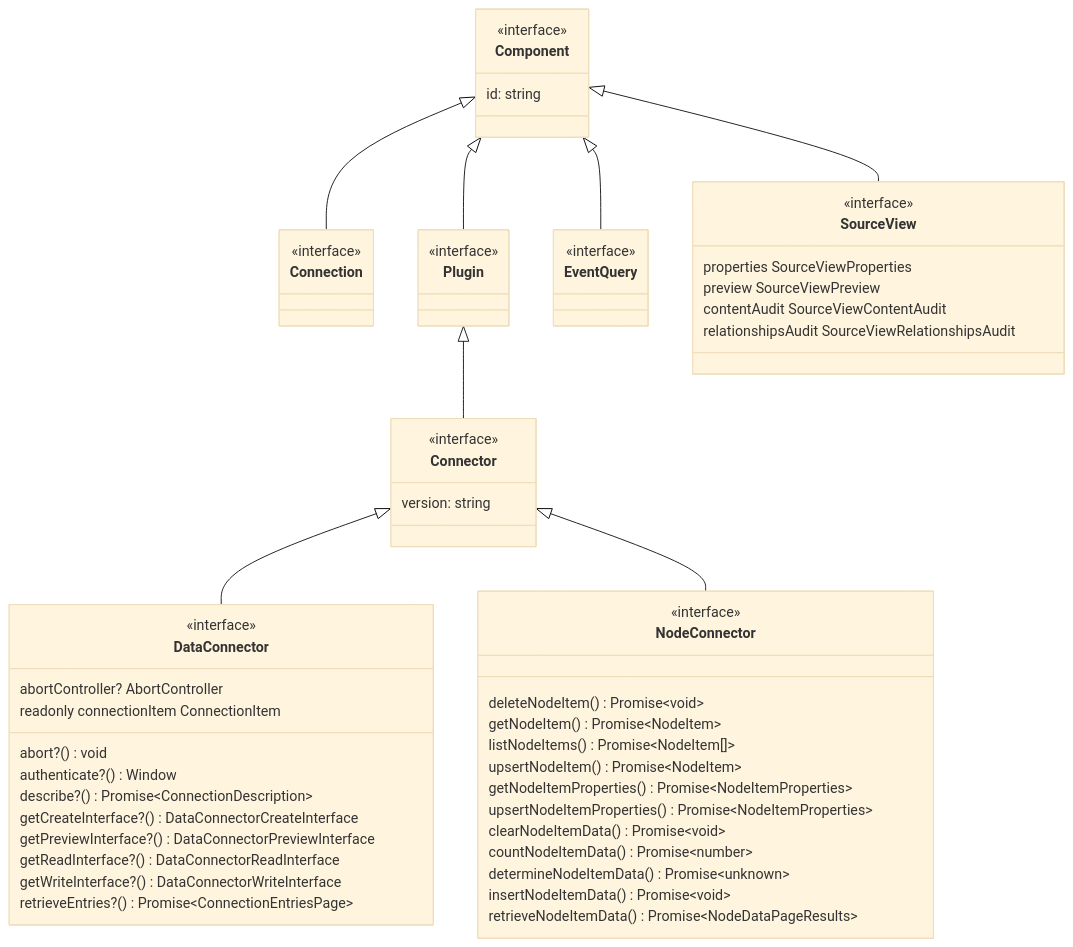
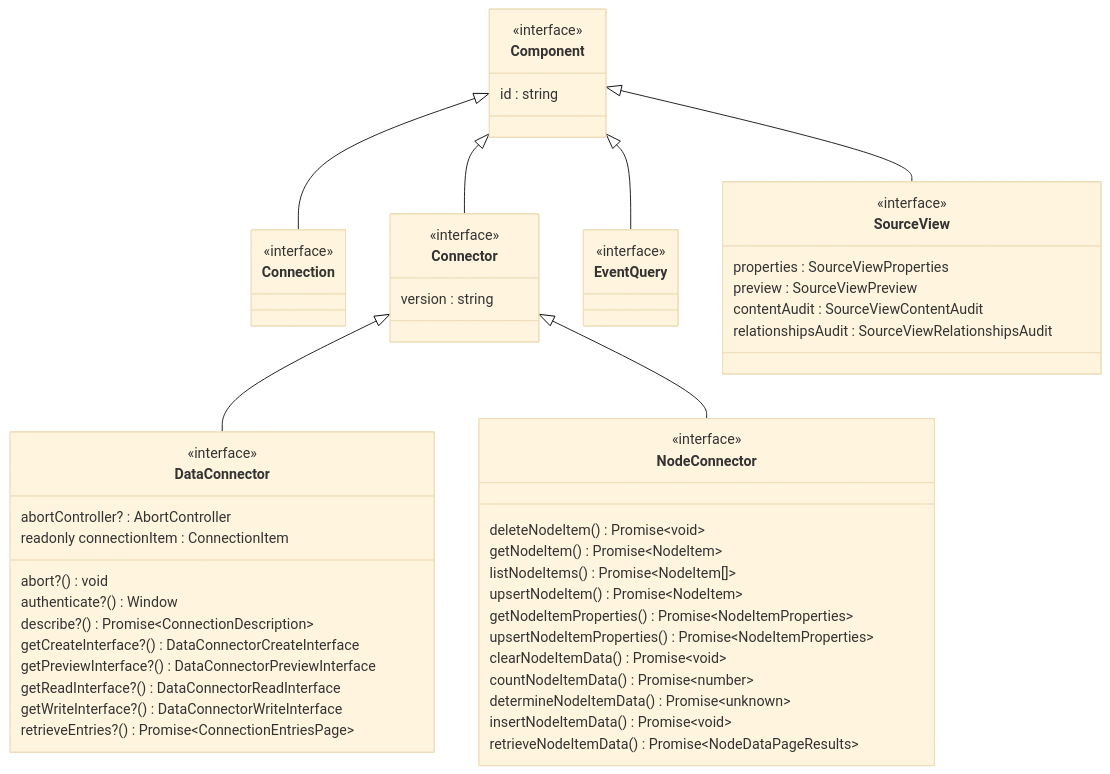
The first of 5 diagrams in README.md (data-positioning/datapos-shared), drawn with Mermaid (base theme) before and after one commit. The commit also changed other lines of this file and 3 other files, not shown here.

````diff
--- a/README.md
+++ b/README.md
@@ -5,71 +5,66 @@
 ```mermaid
 classDiagram
     direction TB
 
     Component <|-- Connection
-    Component <|-- Plugin
+    Component <|-- Connector
     Component <|-- EventQuery
     Component <|-- SourceView
-    Plugin <|-- Connector
     Connector <|-- DataConnector
     Connector <|-- NodeConnector
 
     class Component {
         <<interface>>
-        id: string
+        id : string
     }
 
     class Connection {
         <<interface>>
     }
 
     class Connector {
         <<interface>>
-        version: string
+        version : string
     }
 
     class DataConnector {
         <<interface>>
-        abortController? AbortController
-        readonly connectionItem ConnectionItem
+        abortController? :  AbortController
+        readonly connectionItem :  ConnectionItem
         abort?() void
         authenticate?() Window
         describe?() Promise~ConnectionDescription~
         getCreateInterface?() DataConnectorCreateInterface
         getPreviewInterface?() DataConnectorPreviewInterface
         getReadInterface?() DataConnectorReadInterface
         getWriteInterface?() DataConnectorWriteInterface
         retrieveEntries?() Promise~ConnectionEntriesPage~
     }
 
     class NodeConnector {
         <<interface>>
         deleteNodeItem() Promise~void~
         getNodeItem() Promise~NodeItem~
         listNodeItems() Promise~NodeItem[]~
         upsertNodeItem() Promise~NodeItem~
         getNodeItemProperties() Promise~NodeItemProperties~
         upsertNodeItemProperties() Promise~NodeItemProperties~
         clearNodeItemData() Promise~void~
         countNodeItemData() Promise~number~
         determineNodeItemData() Promise~unknown~
         insertNodeItemData() Promise~void~
         retrieveNodeItemData() Promise~NodeDataPageResults~
    }
 
-    class Plugin {
-        <<interface>>
-    }
-
     class EventQuery {
         <<interface>>
     }
 
     class SourceView {
         <<interface>>
-        properties SourceViewProperties
-        preview SourceViewPreview
-        contentAudit SourceViewContentAudit
-        relationshipsAudit SourceViewRelationshipsAudit
+        properties :  SourceViewProperties
+        preview :  SourceViewPreview
+        contentAudit :  SourceViewContentAudit
+        relationshipsAudit :  SourceViewRelationshipsAudit
     }
 ```
````
